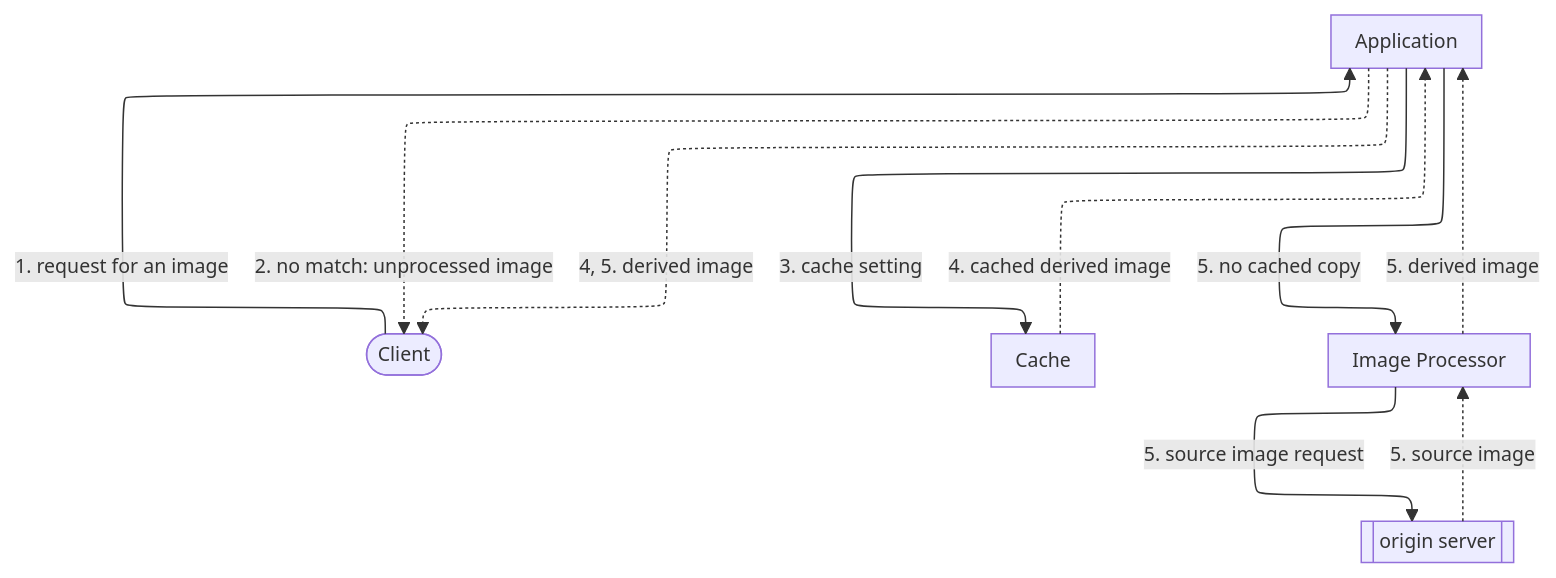
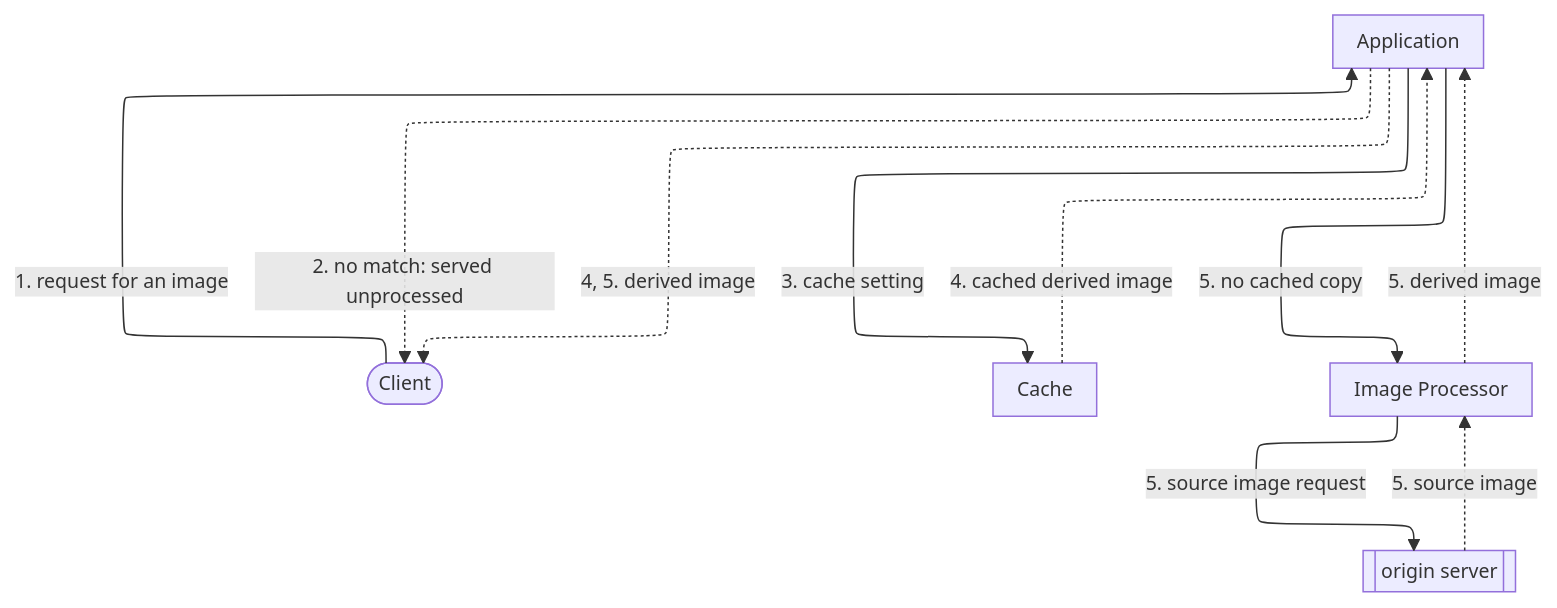
The diagram in apps/docs/src/content/docs/en/pages/build/image-processor/overview.mdx (aziontech/docs), drawn with Mermaid before and after one commit. The commit also changed other lines of this file and 59 other files, not shown here.

````diff
--- a/apps/docs/src/content/docs/en/pages/build/image-processor/overview.mdx
+++ b/apps/docs/src/content/docs/en/pages/build/image-processor/overview.mdx
@@ -28,18 +26,18 @@
 ```mermaid
 %%{init: {"layout": "elk", "elk": {"cycleBreakingStrategy": "MODEL_ORDER"}, "themeVariables": {"fontSize": "13px"}, "flowchart": {"nodeSpacing": 24, "rankSpacing": 36, "padding": 8, "wrappingWidth": 150, "useMaxWidth": true}, "sequence": {"width": 120, "actorMargin": 30, "useMaxWidth": true}}}%%
 flowchart TD
   Client(["Client"])
   App["Application"]
   Cache["Cache"]
   IP["Image Processor"]
   Origin[["origin server"]]
   Client -->|"1. request for an image"| App
-  App -.->|"2. no match: unprocessed image"| Client
+  App -.->|"2. no match: served unprocessed"| Client
   App -->|"3. cache setting"| Cache
   Cache -.->|"4. cached derived image"| App
   App -->|"5. no cached copy"| IP
   IP -->|"5. source image request"| Origin
   Origin -.->|"5. source image"| IP
   IP -.->|"5. derived image"| App
   App -.->|"4, 5. derived image"| Client
 ```
````
